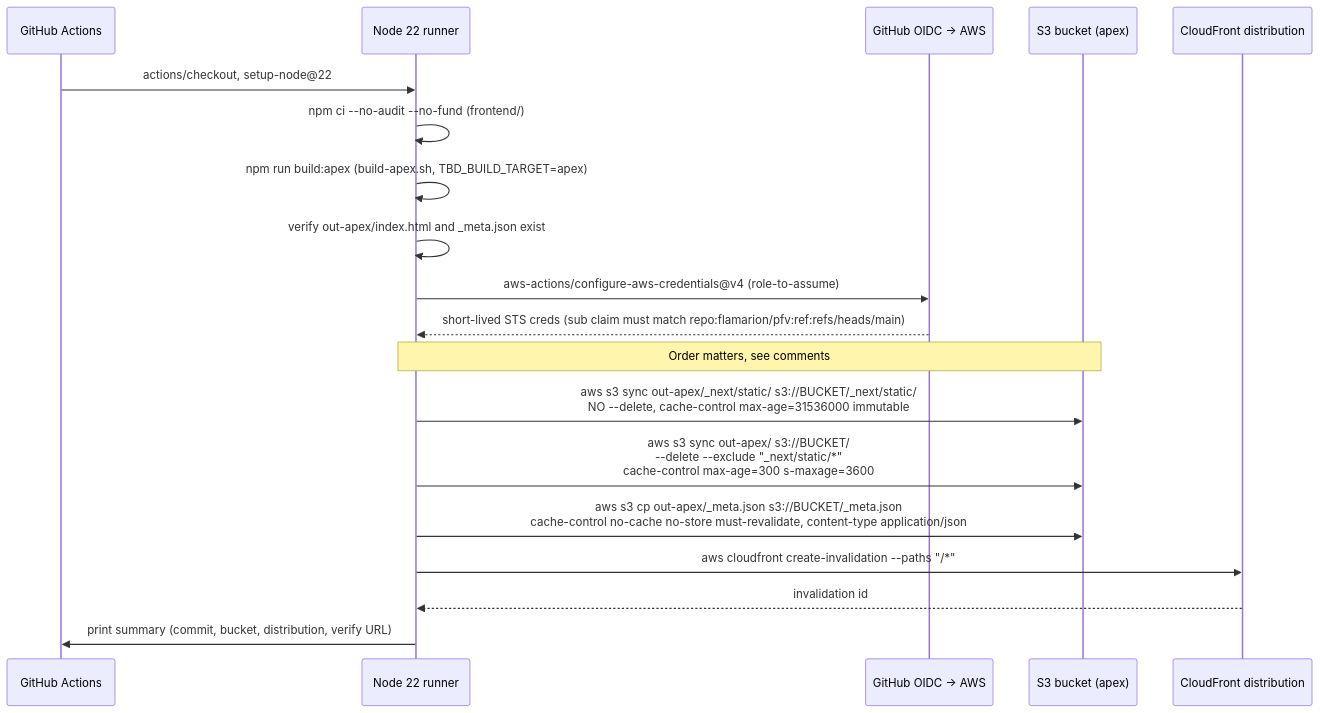
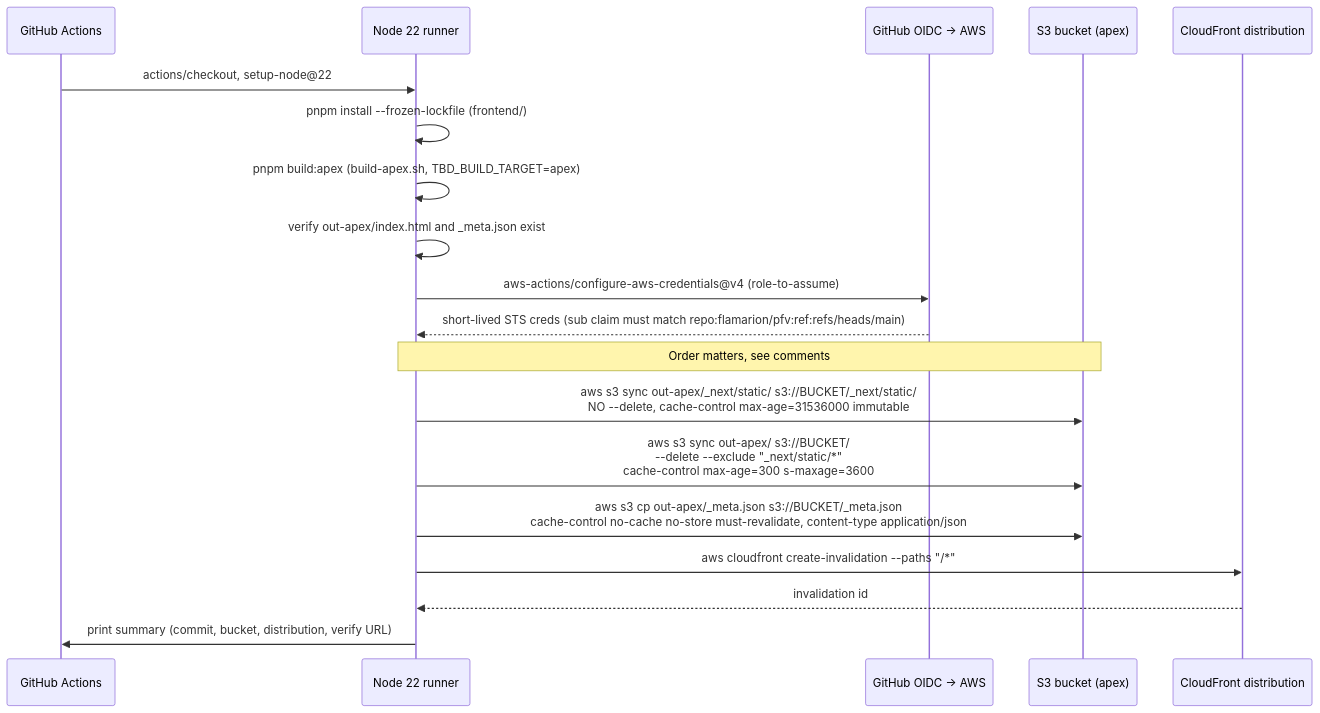
One commit to fjcloudaiconsulting/tbd changed the fourth of 8 diagrams in docs/operations/DEPLOYMENT.md. Above: the diagram before and after it, drawn with Mermaid. The commit also changed other lines of this file and 26 other files, not shown here.

First line of the commit message:
build(frontend): migrate npm to pnpm (INFRA-41) (#822)

````diff
--- a/docs/operations/DEPLOYMENT.md
+++ b/docs/operations/DEPLOYMENT.md
@@ -529,22 +530,22 @@
 ```mermaid
 sequenceDiagram
   participant GH as GitHub Actions
   participant Node as Node 22 runner
   participant OIDC as GitHub OIDC -> AWS
   participant S3 as S3 bucket (apex)
   participant CF as CloudFront distribution
 
   GH->>Node: actions/checkout, setup-node@22
-  Node->>Node: npm ci --no-audit --no-fund (frontend/)
-  Node->>Node: npm run build:apex (build-apex.sh, TBD_BUILD_TARGET=apex)
+  Node->>Node: pnpm install --frozen-lockfile (frontend/)
+  Node->>Node: pnpm build:apex (build-apex.sh, TBD_BUILD_TARGET=apex)
   Node->>Node: verify out-apex/index.html and _meta.json exist
   Node->>OIDC: aws-actions/configure-aws-credentials@v4 (role-to-assume)
   OIDC-->>Node: short-lived STS creds (sub claim must match repo:flamarion/pfv:ref:refs/heads/main)
   Note over Node,S3: Order matters, see comments
   Node->>S3: aws s3 sync out-apex/_next/static/ s3://BUCKET/_next/static/<br/>NO --delete, cache-control max-age=31536000 immutable
   Node->>S3: aws s3 sync out-apex/ s3://BUCKET/<br/>--delete --exclude "_next/static/*"<br/>cache-control max-age=300 s-maxage=3600
   Node->>S3: aws s3 cp out-apex/_meta.json s3://BUCKET/_meta.json<br/>cache-control no-cache no-store must-revalidate, content-type application/json
   Node->>CF: aws cloudfront create-invalidation --paths "/*"
   CF-->>Node: invalidation id
   Node->>GH: print summary (commit, bucket, distribution, verify URL)
 ```
````
